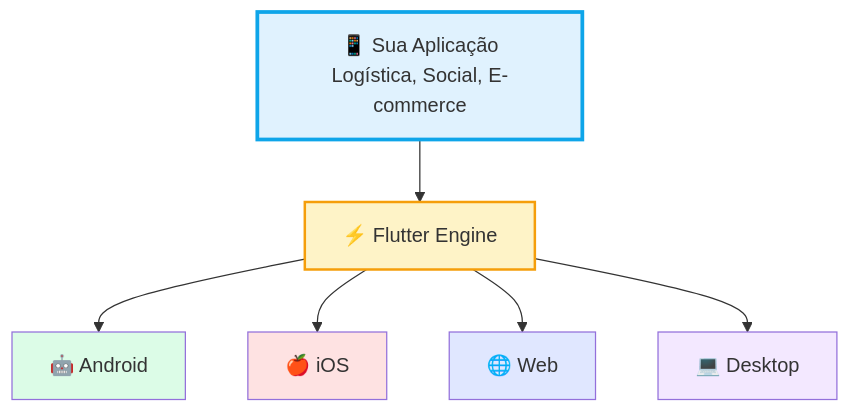
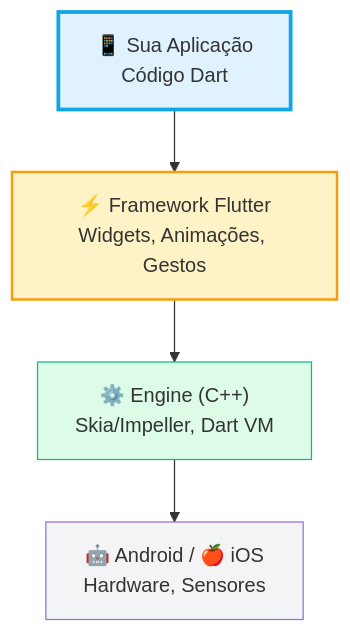
Before and after one commit to senac-linhares/desenvolvimento-mobile: the second of 2 diagrams in content/desenvolvimento-mobile/Unidade 01/aula-02.md, drawn with Mermaid. The commit also changed other lines of this file and 53 other files, not shown here.

Commit message:
feat: Add initial mobile development course content, including Dart and Flutter lessons, images, and core UI files.

````diff
--- a/content/desenvolvimento-mobile/Unidade 01/aula-02.md
+++ b/content/desenvolvimento-mobile/Unidade 01/aula-02.md
@@ -87,15 +89,11 @@
 ```mermaid
 graph TD
-    A["📱 Sua Aplicação<br/>Logística, Social, E-commerce"] --> B["⚡ Flutter Engine"]
-    B --> C["🤖 Android"]
-    B --> D["🍎 iOS"]
-    B --> E["🌐 Web"]
-    B --> F["💻 Desktop"]
+    A["📱 Sua Aplicação<br/>Código Dart"] --> B["⚡ Framework Flutter<br/>Widgets, Animações, Gestos"]
+    B --> C["⚙️ Engine (C++)<br/>Skia/Impeller, Dart VM"]
+    C --> D["🤖 Android / 🍎 iOS<br/>Hardware, Sensores"]
     
     style A fill:#e0f2fe,stroke:#0ea5e9,stroke-width:3px
     style B fill:#fef3c7,stroke:#f59e0b,stroke-width:2px
-    style C fill:#dcfce7
-    style D fill:#fee2e2
-    style E fill:#e0e7ff
-    style F fill:#f3e8ff
+    style C fill:#dcfce7,stroke:#10b981
+    style D fill:#f3f4f6
 ```
````
